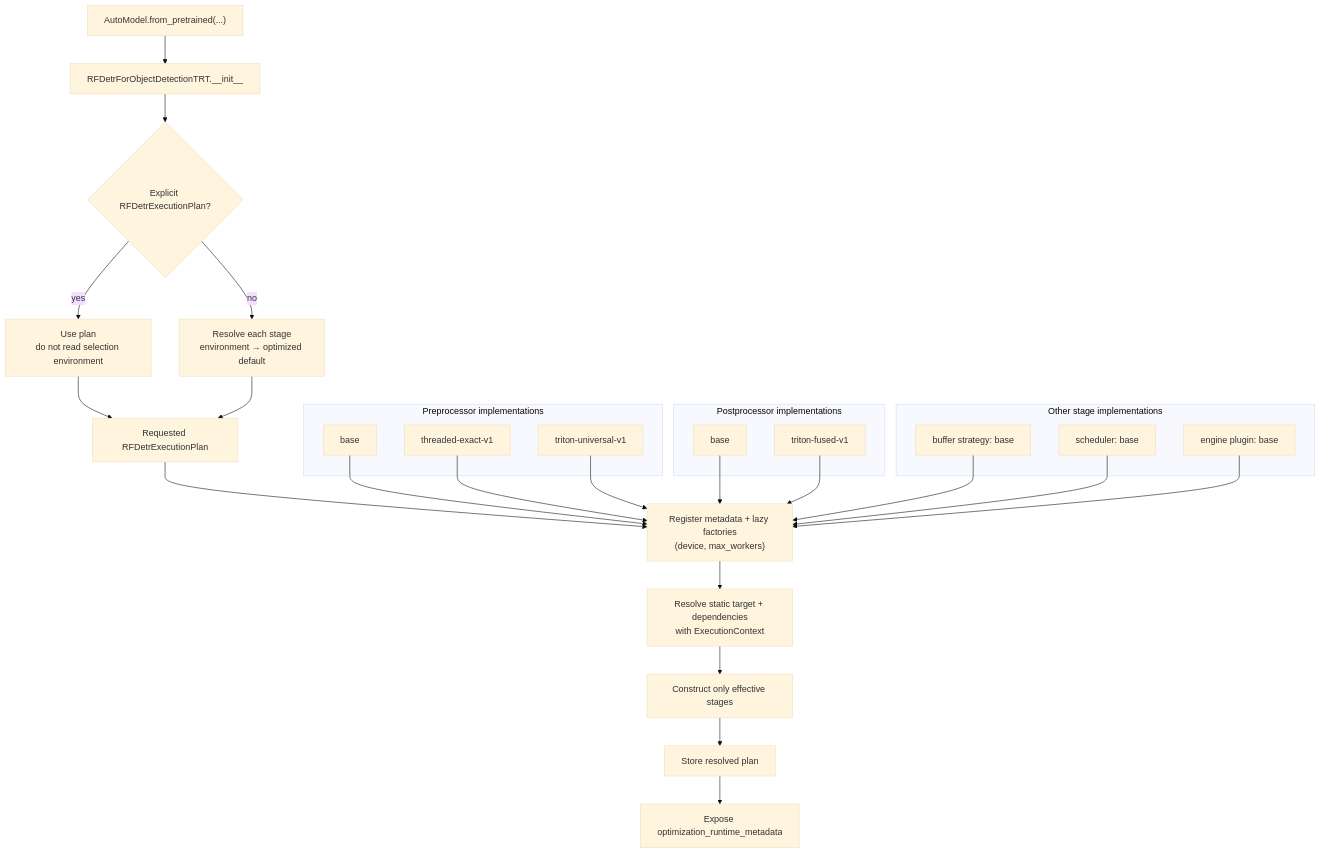
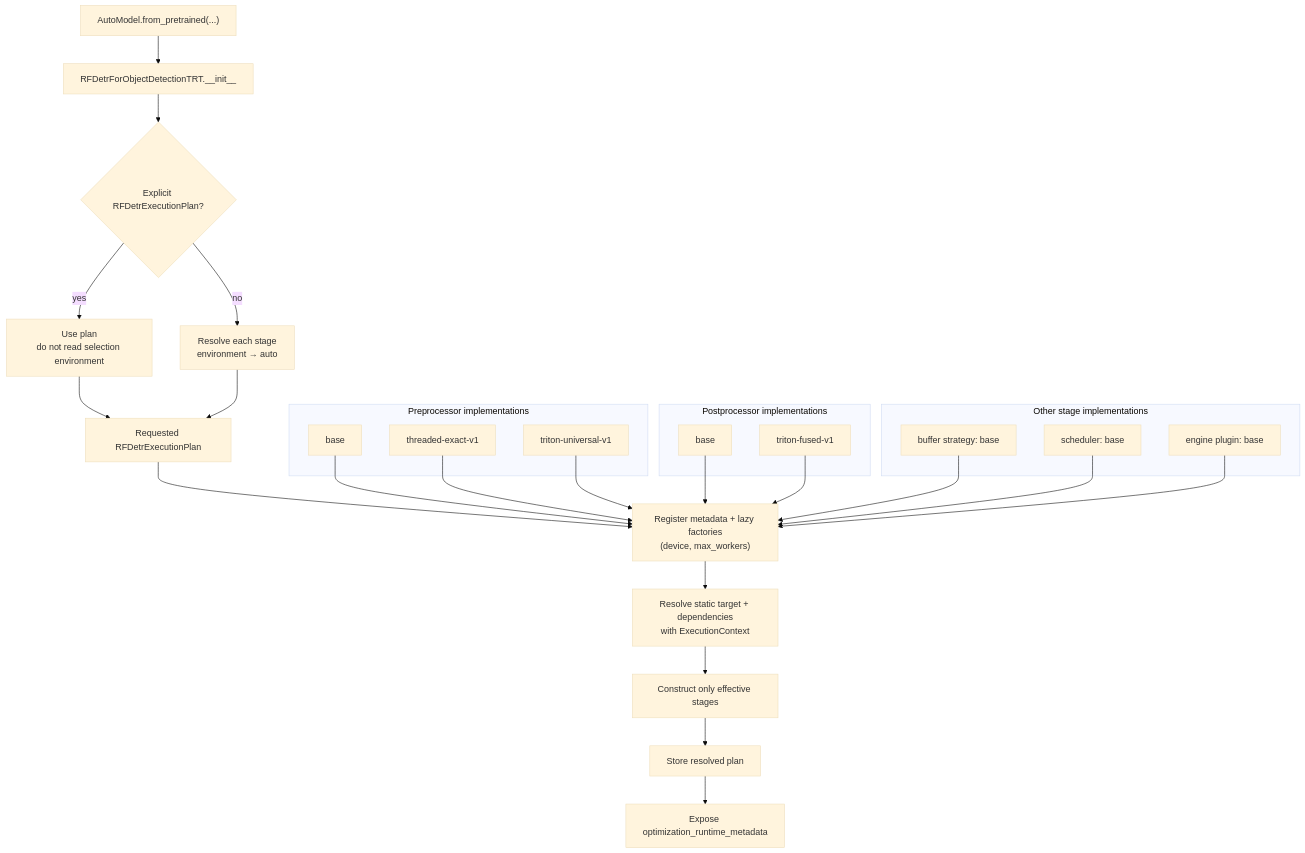
The first of 2 diagrams in inference_models/docs/contributors/inference-path-optimization-architectures/rfdetr.md (roboflow/inference), drawn with Mermaid (base theme) before and after one commit. The commit also changed other lines of this file and 2 other files, not shown here.

First line of the commit message:
Update RF-DETR execution plan to default to auto selection for preprocessing and postprocessing

````diff
--- a/inference_models/docs/contributors/inference-path-optimization-architectures/rfdetr.md
+++ b/inference_models/docs/contributors/inference-path-optimization-architectures/rfdetr.md
@@ -13,42 +13,42 @@
 ```mermaid
 flowchart TD
     load["AutoModel.from_pretrained(...)"] --> init["RFDetrForObjectDetectionTRT.__init__"]
     init --> explicit{"Explicit RFDetrExecutionPlan?"}
     explicit -->|yes| use_plan["Use plan<br/>do not read selection environment"]
-    explicit -->|no| precedence["Resolve each stage<br/>environment → optimized default"]
+    explicit -->|no| precedence["Resolve each stage<br/>environment → auto"]
     use_plan --> requested["Requested RFDetrExecutionPlan"]
     precedence --> requested
 
     requested --> build["Register metadata + lazy factories<br/>(device, max_workers)"]
 
     subgraph preprocessors["Preprocessor implementations"]
         pre_base["base"]
         pre_threaded["threaded-exact-v1"]
         pre_triton["triton-universal-v1"]
     end
 
     subgraph postprocessors["Postprocessor implementations"]
         post_base["base"]
         post_triton["triton-fused-v1"]
     end
 
     subgraph base_stages["Other stage implementations"]
         buffer_base["buffer strategy: base"]
         scheduler_base["scheduler: base"]
         plugin_base["engine plugin: base"]
     end
 
     pre_base --> build
     pre_threaded --> build
     pre_triton --> build
     post_base --> build
     post_triton --> build
     buffer_base --> build
     scheduler_base --> build
     plugin_base --> build
 
     build --> resolve["Resolve static target + dependencies<br/>with ExecutionContext"]
     resolve --> construct["Construct only effective stages"]
     construct --> store["Store resolved plan"]
     store --> metadata["Expose optimization_runtime_metadata"]
 ```
````
